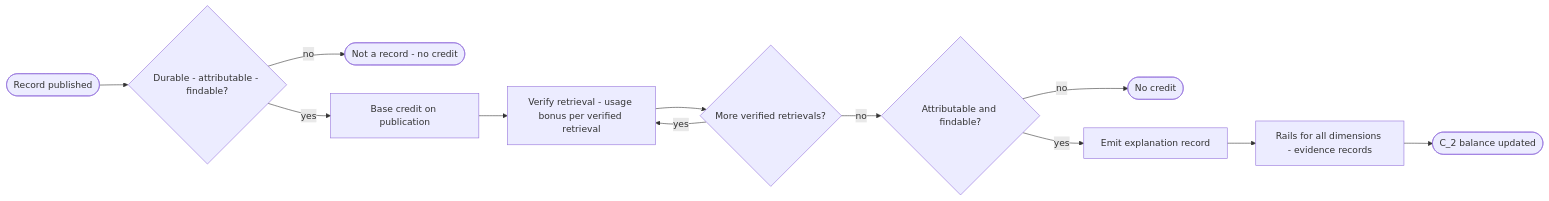
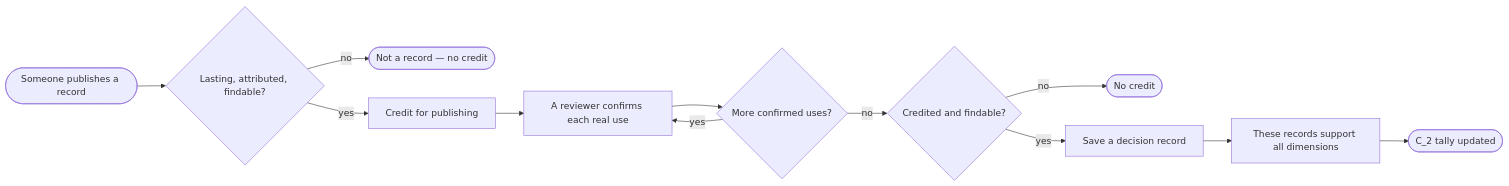
Before and after one commit to vijayee/resonantdao-example: the fifth of 24 diagrams in docs/contribution-economy/README.md, drawn with Mermaid. The commit also changed other lines of this file, not shown here.

````diff
--- a/docs/contribution-economy/README.md
+++ b/docs/contribution-economy/README.md
@@ -140,10 +137,10 @@
 ```mermaid
 flowchart LR
-  S([Record published]) --> G1{Durable - attributable - findable?}
-  G1 -->|no| E1([Not a record - no credit])
-  G1 -->|yes| BASE[Base credit on publication] --> RET[Verify retrieval - usage bonus per verified retrieval] --> G2{More verified retrievals?}
+  S([Someone publishes a record]) --> G1{Lasting, attributed, findable?}
+  G1 -->|no| E1([Not a record — no credit])
+  G1 -->|yes| BASE[Credit for publishing] --> RET[A reviewer confirms each real use] --> G2{More confirmed uses?}
   G2 -->|yes| RET
-  G2 -->|no| G3{Attributable and findable?}
+  G2 -->|no| G3{Credited and findable?}
   G3 -->|no| E2([No credit])
-  G3 -->|yes| RC[Emit explanation record] --> RAILS[Rails for all dimensions - evidence records] --> E3([C_2 balance updated])
+  G3 -->|yes| RC[Save a decision record] --> RAILS[These records support all dimensions] --> E3([C_2 tally updated])
 ```
````
